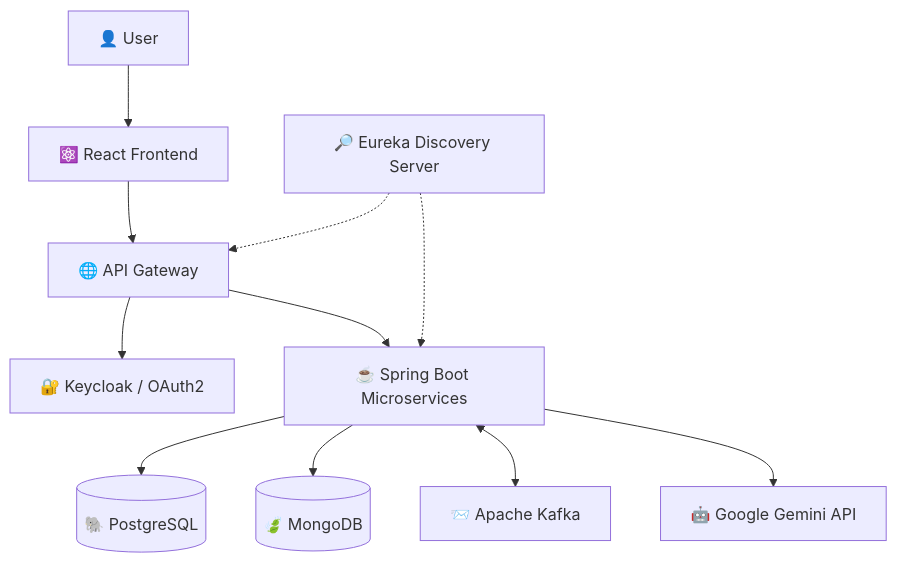
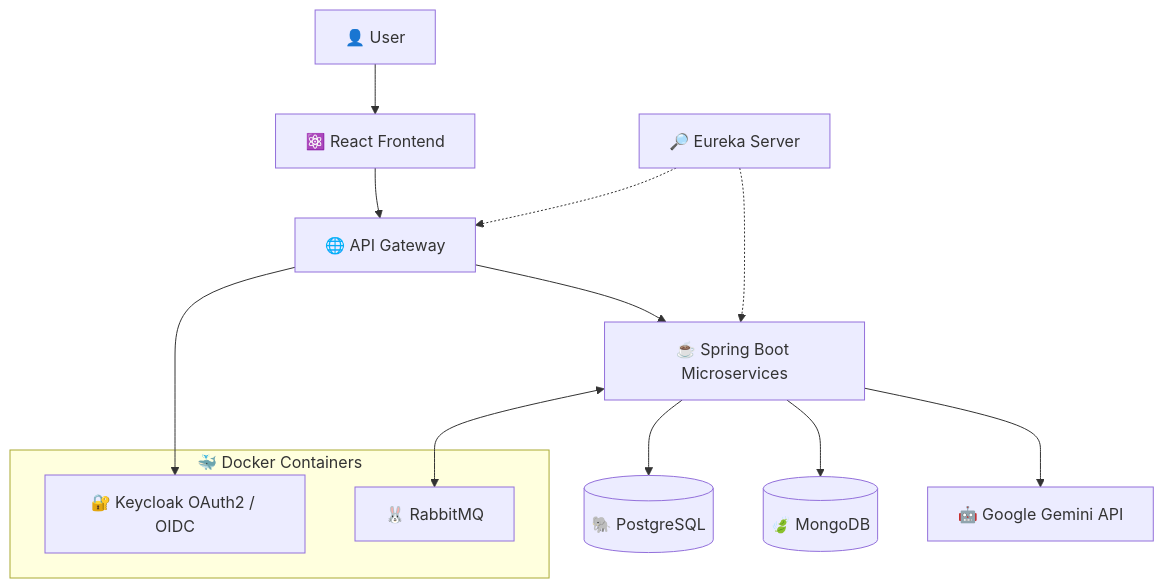
One commit to Rashmi-2005-Ranjan/FitVerse changed the first of 3 diagrams in README.md. Above: the diagram before and after it, drawn with Mermaid. The commit also changed other lines of this file, not shown here.

First line of the commit message:
Revise README for technology and architecture updates

````diff
--- a/README.md
+++ b/README.md
@@ -119,19 +107,23 @@
 ```mermaid
 flowchart TD
     U["👤 User"] --> R["⚛️ React Frontend"]
-
     R --> G["🌐 API Gateway"]
 
-    G --> A["🔐 Keycloak / OAuth2"]
+    G --> K["🔐 Keycloak OAuth2 / OIDC"]
     G --> MS["☕ Spring Boot Microservices"]
 
-    E["🔎 Eureka Discovery Server"] -.-> G
+    E["🔎 Eureka Server"] -.-> G
     E -.-> MS
 
     MS --> PG[("🐘 PostgreSQL")]
     MS --> MG[("🍃 MongoDB")]
 
-    MS <--> K["📨 Apache Kafka"]
+    MS <--> RMQ["🐰 RabbitMQ"]
 
     MS --> AI["🤖 Google Gemini API"]
+
+    subgraph Docker["🐳 Docker Containers"]
+        K
+        RMQ
+    end
 ```
````
